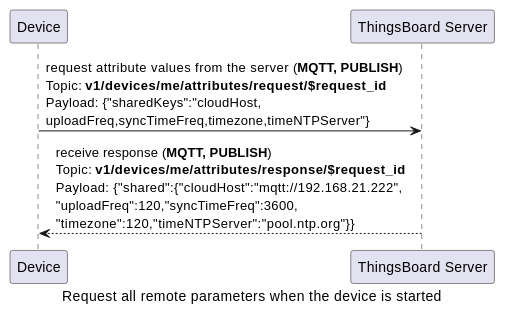
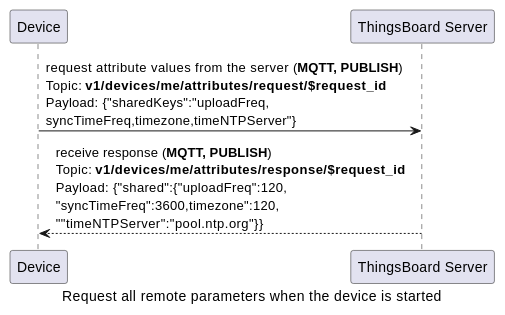
Diagram 11 of 17 in docs/device/ta652fc-w/ta652fc-w-mqtt-api.rst (avantec-iot/avantec-thingsboard), drawn with PlantUML before and after one commit. The commit also changed other lines of this file, not shown here.

```diff
--- a/docs/device/ta652fc-w/ta652fc-w-mqtt-api.rst
+++ b/docs/device/ta652fc-w/ta652fc-w-mqtt-api.rst
@@ -739,10 +762,10 @@
   .. uml::
 
     caption  Request all remote parameters when the device is started
 
     participant "Device" as TBDev order 10
     participant "ThingsBoard Server"  as TBSrv order 20 
 
-    TBDev  ->  TBSrv: request attribute values from the server (**MQTT, PUBLISH**) \nTopic: **v1/devices/me/attributes/request/$request_id** \nPayload: {"sharedKeys":"cloudHost,\nuploadFreq,syncTimeFreq,timezone,timeNTPServer"}
+    TBDev  ->  TBSrv: request attribute values from the server (**MQTT, PUBLISH**) \nTopic: **v1/devices/me/attributes/request/$request_id** \nPayload: {"sharedKeys":"uploadFreq,\nsyncTimeFreq,timezone,timeNTPServer"}
     
-    TBDev <--  TBSrv: receive response (**MQTT, PUBLISH**) \nTopic: **v1/devices/me/attributes/response/$request_id** \nPayload: {"shared":{"cloudHost":"mqtt://192.168.21.222",\n"uploadFreq":120,"syncTimeFreq":3600,\n"timezone":120,"timeNTPServer":"pool.ntp.org"}}
+    TBDev <--  TBSrv: receive response (**MQTT, PUBLISH**) \nTopic: **v1/devices/me/attributes/response/$request_id** \nPayload: {"shared":{"uploadFreq":120,\n"syncTimeFreq":3600,timezone":120,\n""timeNTPServer":"pool.ntp.org"}}
```
